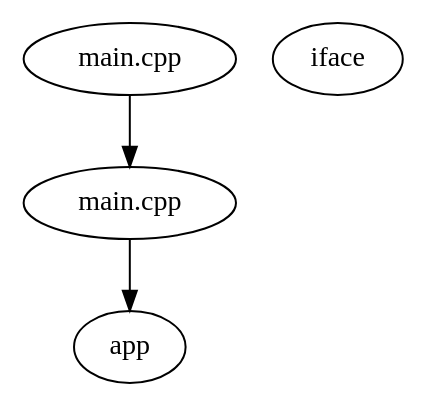
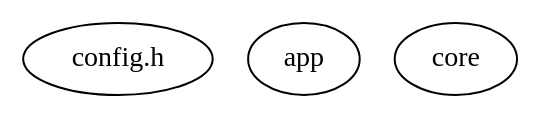
Before and after one commit to pt9912/cmake-xray: the diagram in docs/examples/impact-report-targets.dot, drawn with Graphviz. The commit also changed 112 other files, not shown here.

```diff
--- a/docs/examples/impact-report-targets.dot
+++ b/docs/examples/impact-report-targets.dot
@@ -1,16 +1,13 @@
 digraph cmake_xray_impact {
   xray_report_type="impact";
-  format_version=4;
+  format_version=5;
   graph_node_limit=100;
   graph_edge_limit=200;
   graph_truncated=false;
   graph_target_graph_status="loaded";
   graph_impact_target_depth_requested=2;
   graph_impact_target_depth_effective=0;
-  changed_file [kind="changed_file", label="main.cpp", path="/project/src/main.cpp"];
-  direct_tu_1 [kind="translation_unit", impact="direct", label="main.cpp", path="/project/src/main.cpp", directory="/project/build", unique_key="/project/src/main.cpp|/project/build"];
-  target_1 [kind="target", impact="direct", priority_class="direct", graph_distance=0, evidence_strength="direct", label="app", name="app", type="EXECUTABLE", unique_key="app::EXECUTABLE"];
-  target_2 [kind="target", label="iface", name="iface", type="INTERFACE_LIBRARY", unique_key="iface::INTERFACE_LIBRARY"];
-  changed_file -> direct_tu_1 [kind="changed_file_direct_tu", style="solid"];
-  direct_tu_1 -> target_1 [kind="direct_tu_target", style="solid"];
+  changed_file [kind="changed_file", label="config.h", path="include/common/config.h"];
+  target_1 [kind="target", label="app", name="app", type="EXECUTABLE", unique_key="app::EXECUTABLE"];
+  target_2 [kind="target", label="core", name="core", type="STATIC_LIBRARY", unique_key="core::STATIC_LIBRARY"];
 }
```
